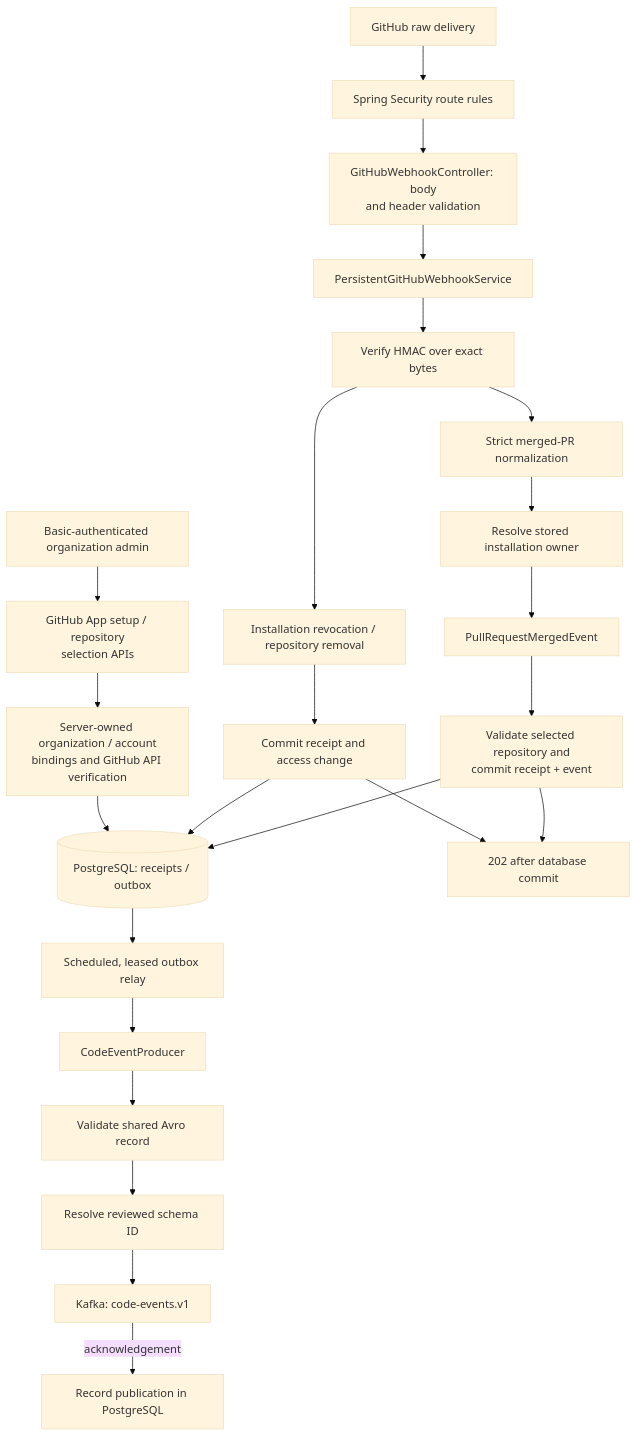
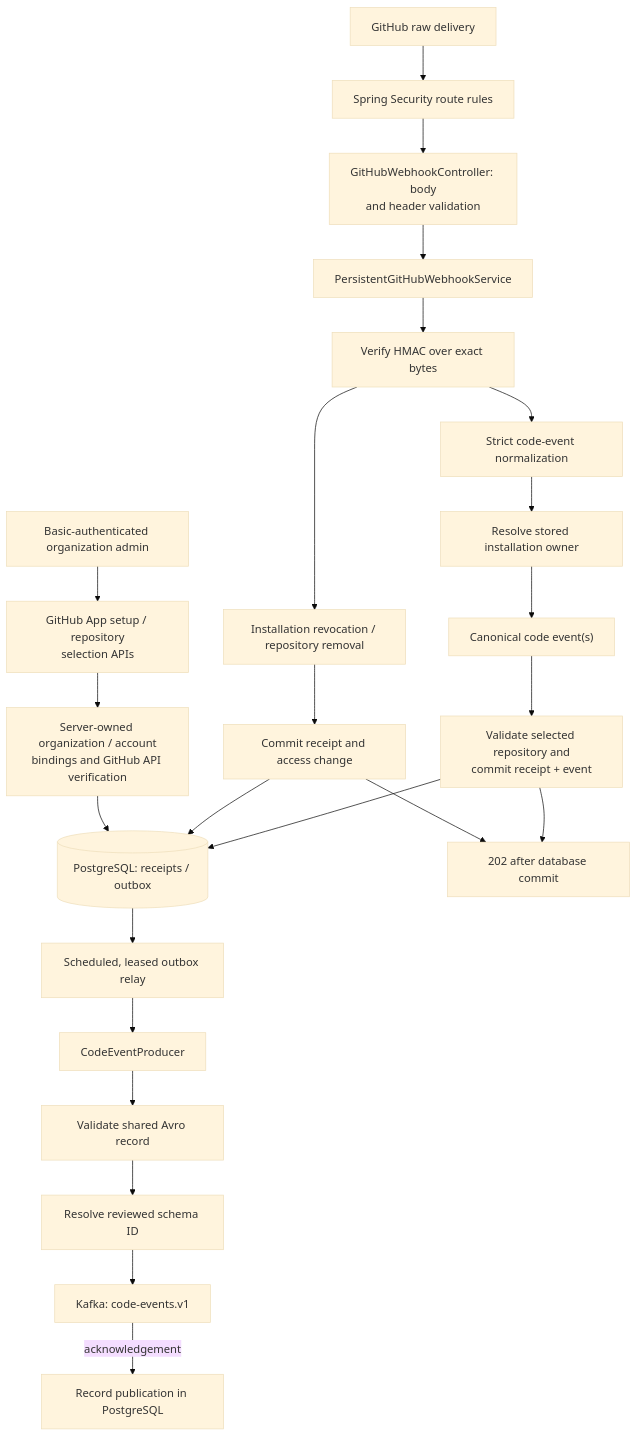
The first of 12 diagrams in backend/README.md (ChangeGuardHQ/changuard-platform), drawn with Mermaid (base theme) before and after one commit. The commit also changed other lines of this file and 38 other files, not shown here.

````diff
--- a/backend/README.md
+++ b/backend/README.md
@@ -47,26 +49,26 @@
 ```mermaid
 flowchart TD
     GitHub["GitHub raw delivery"] --> Security["Spring Security route rules"]
     Admin["Basic-authenticated organization admin"] --> Setup["GitHub App setup / repository<br/>selection APIs"]
     Setup --> Binding["Server-owned organization / account<br/>bindings and GitHub API verification"]
     Binding --> Database
     Security --> Controller["GitHubWebhookController: body<br/>and header validation"]
     Controller --> Processor["PersistentGitHubWebhookService"]
     Processor --> HMAC["Verify HMAC over exact bytes"]
-    HMAC --> Normalizer["Strict merged-PR normalization"]
+    HMAC --> Normalizer["Strict code-event normalization"]
     HMAC --> Lifecycle["Installation revocation / repository removal"]
     Lifecycle --> Access["Commit receipt and access change"]
     Access --> Database
     Access --> Accepted
     Normalizer --> Owner["Resolve stored installation owner"]
-    Owner --> Event["PullRequestMergedEvent"]
+    Owner --> Event["Canonical code event(s)"]
     Event --> Durable["Validate selected repository and<br/>commit receipt + event"]
     Durable --> Database[("PostgreSQL: receipts / outbox")]
     Durable --> Accepted["202 after database commit"]
     Database --> Relay["Scheduled, leased outbox relay"]
     Relay --> Producer["CodeEventProducer"]
     Producer --> Avro["Validate shared Avro record"]
     Avro --> Registry["Resolve reviewed schema ID"]
     Registry --> Kafka["Kafka: code-events.v1"]
     Kafka -->|"acknowledgement"| Published["Record publication in PostgreSQL"]
 ```
````
